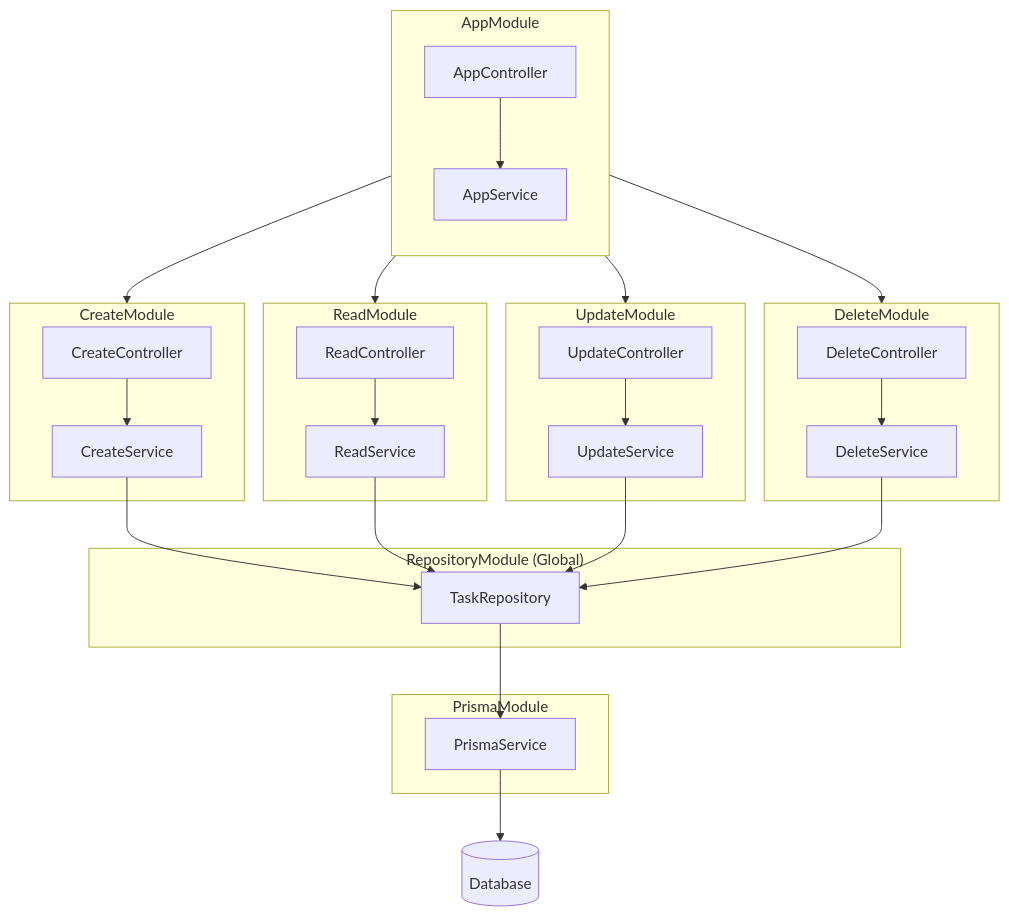
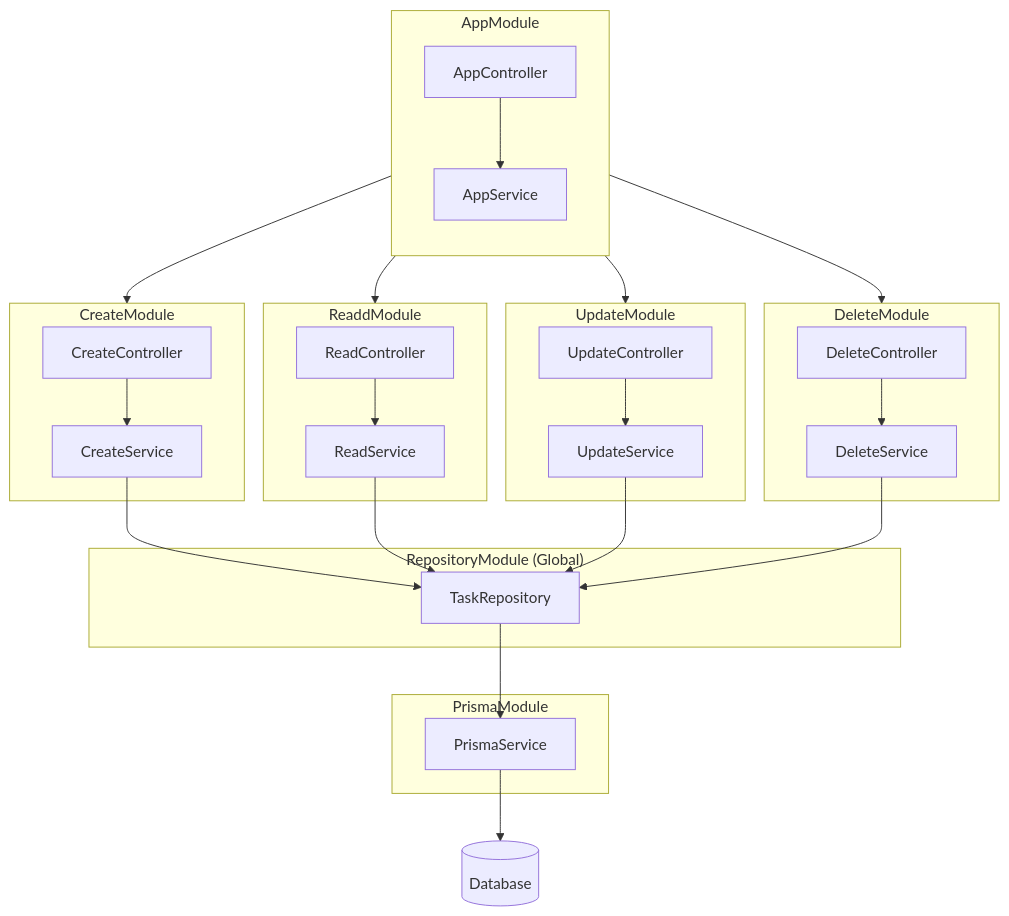
The diagram in README.md (Yoshinami03/NestJS-TODO-App), drawn with Mermaid before and after one commit. The commit also changed other lines of this file, not shown here.

First line of the commit message:
update: READMEのアーキテクチャ図の修正

````diff
--- a/README.md
+++ b/README.md
@@ -79,55 +79,55 @@
 ```mermaid
 flowchart TB
     subgraph App ["AppModule"]
         direction TB
         AppController-->
         AppService
     end
 
     subgraph Prisma ["PrismaModule"]
         PrismaService
     end
 
     subgraph Repository ["RepositoryModule (Global)"]
         TaskRepository
     end
 
     subgraph CreateMod ["CreateModule"]
         CreateController
         CreateService
     end
 
-    subgraph ReadMod ["ReadModule"]
+    subgraph ReadMod ["ReaddModule"]
         ReadController
         ReadService
     end
 
     subgraph UpdateMod ["UpdateModule"]
         UpdateController
         UpdateService
     end
 
     subgraph DeleteMod ["DeleteModule"]
         DeleteController
         DeleteService
     end
 
     AppService --> CreateMod
     AppService --> ReadMod
     AppService --> UpdateMod
     AppService --> DeleteMod
 
     TaskRepository --> PrismaService
     
     CreateService --> TaskRepository
     ReadService --> TaskRepository
     UpdateService --> TaskRepository
     DeleteService --> TaskRepository
 
     CreateController --> CreateService
     ReadController --> ReadService
     UpdateController --> UpdateService
     DeleteController --> DeleteService
 
     PrismaService --> DB[("Database")]
 ```
````
